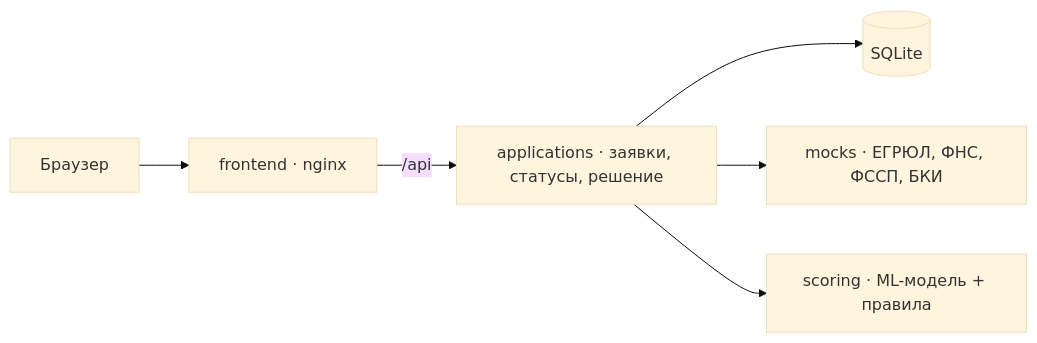
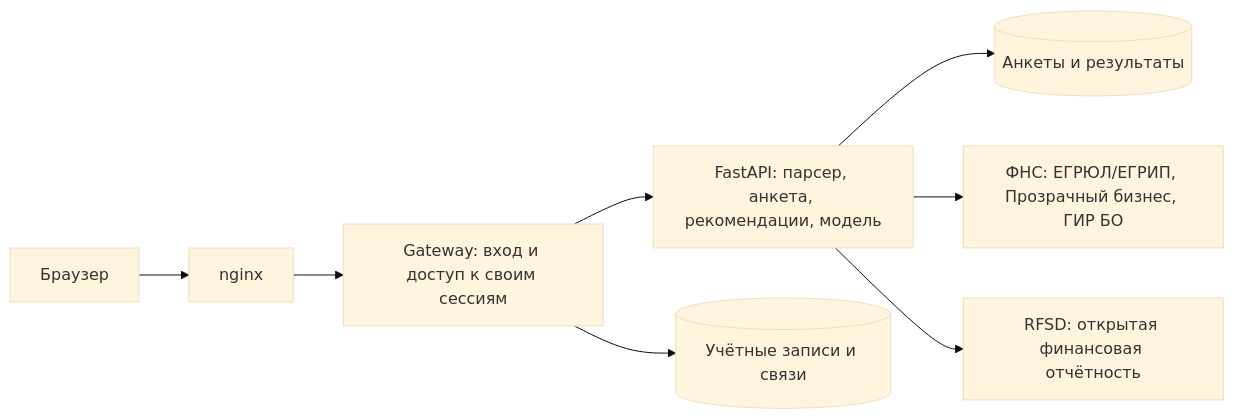
One commit to MaxEnergetic/alfa_case_championship_solution changed the diagram in README.md. Above: the diagram before and after it, drawn with Mermaid (base theme). The commit also changed other lines of this file and 48 other files, not shown here.

````diff
--- a/README.md
+++ b/README.md
@@ -40,8 +30,10 @@
 ```mermaid
 flowchart LR
-    B[Браузер] --> W[frontend · nginx]
-    W -->|/api| A[applications · заявки, статусы, решение]
-    A --> DB[(SQLite)]
-    A --> M[mocks · ЕГРЮЛ, ФНС, ФССП, БКИ]
-    A --> S[scoring · ML-модель + правила]
+    UI[Браузер] --> N[nginx]
+    N --> G[Gateway: вход и доступ к своим сессиям]
+    G --> P[FastAPI: парсер, анкета, рекомендации, модель]
+    G --> A[(Учётные записи и связи)]
+    P --> D[(Анкеты и результаты)]
+    P --> F[ФНС: ЕГРЮЛ/ЕГРИП, Прозрачный бизнес, ГИР БО]
+    P --> R[RFSD: открытая финансовая отчётность]
 ```
````
